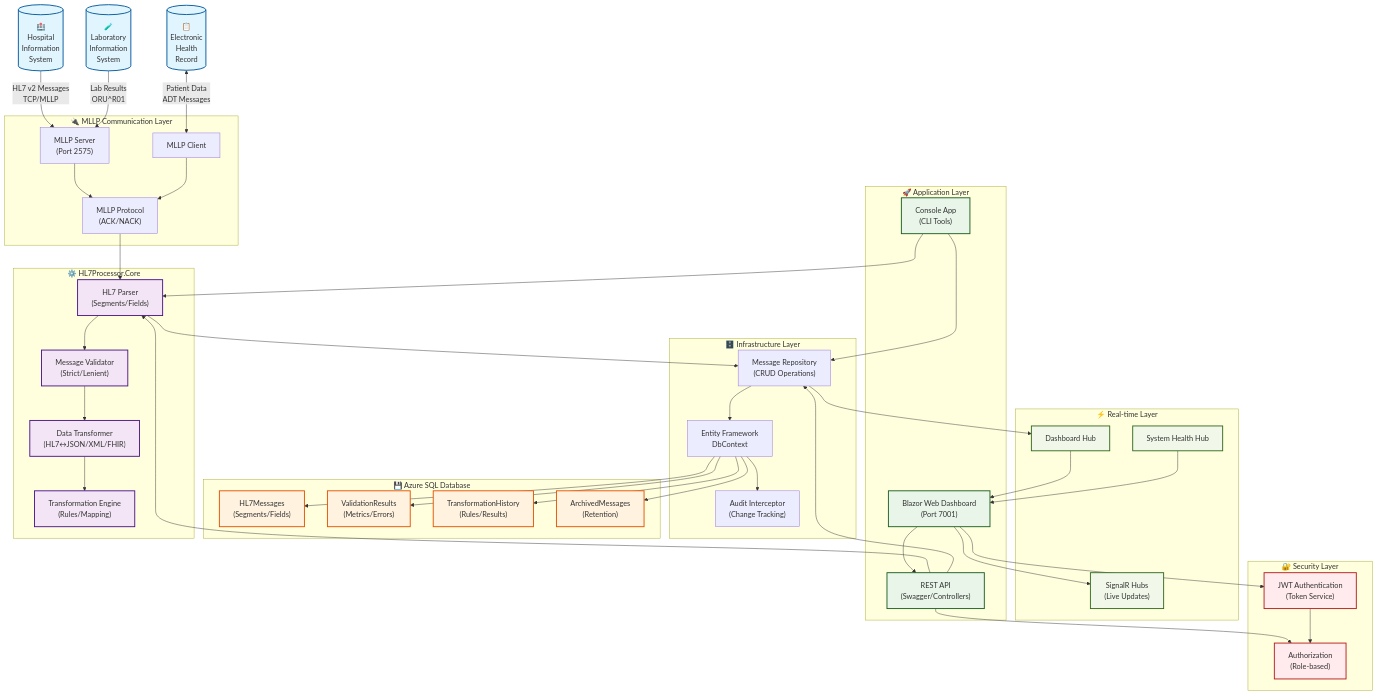
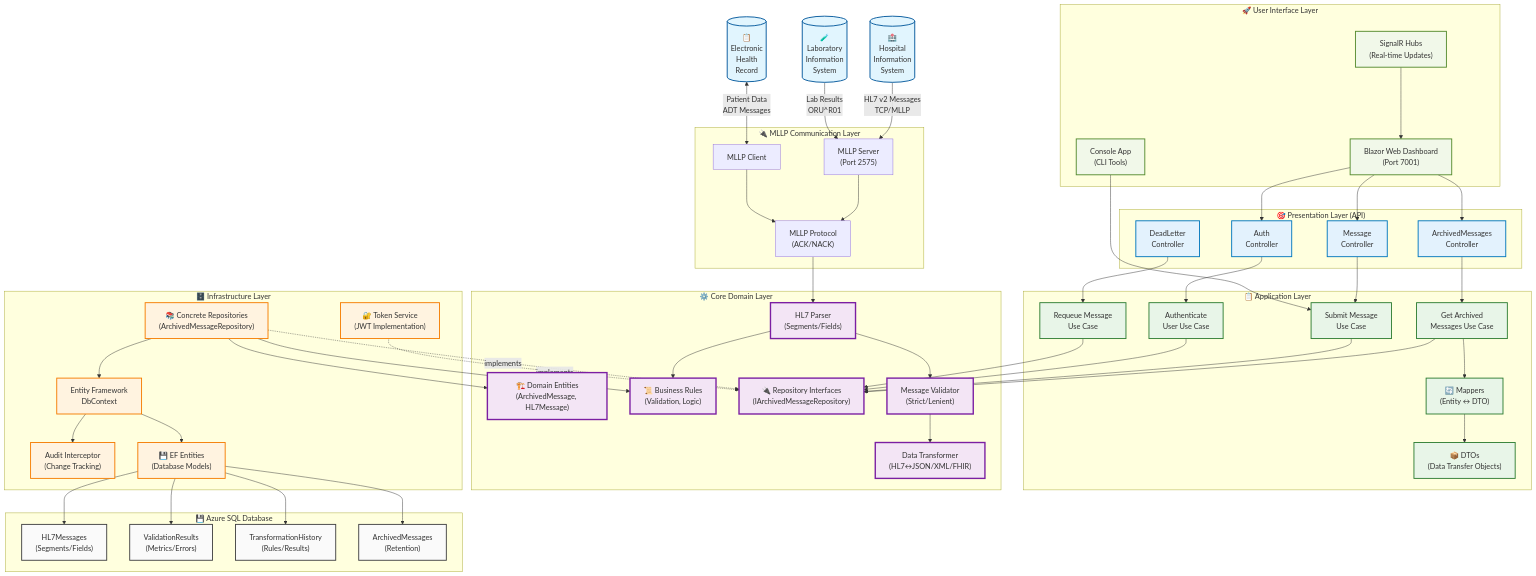
The diagram in README.md (MazRadwan/HL7-Message-Processor-for-.NET), drawn with Mermaid before and after one commit. The commit also changed other lines of this file and 1 other file, not shown here.

````diff
--- a/README.md
+++ b/README.md
@@ -47,26 +47,41 @@
         MLLPProtocol["MLLP Protocol<br/>(ACK/NACK)"]
     end
     
-    %% Core Processing Engine
-    subgraph Core["⚙️ HL7Processor.Core"]
+    %% Presentation Layer (API Controllers)
+    subgraph Presentation["🎯 Presentation Layer (API)"]
+        ArchivedController["ArchivedMessages<br/>Controller"]
+        MessageController["Message<br/>Controller"]
+        AuthController["Auth<br/>Controller"]
+        DeadLetterController["DeadLetter<br/>Controller"]
+    end
+    
+    %% Application Layer (Use Cases)
+    subgraph Application["📋 Application Layer"]
+        GetArchivedUseCase["Get Archived<br/>Messages Use Case"]
+        SubmitMessageUseCase["Submit Message<br/>Use Case"]
+        AuthenticateUseCase["Authenticate<br/>User Use Case"]
+        RequeueUseCase["Requeue Message<br/>Use Case"]
+        DTOs["📦 DTOs<br/>(Data Transfer Objects)"]
+        Mappers["🔄 Mappers<br/>(Entity ↔ DTO)"]
+    end
+    
+    %% Core Domain Layer
+    subgraph Core["⚙️ Core Domain Layer"]
+        DomainEntities["🏗️ Domain Entities<br/>(ArchivedMessage, HL7Message)"]
+        BusinessRules["📜 Business Rules<br/>(Validation, Logic)"]
+        DomainInterfaces["🔌 Repository Interfaces<br/>(IArchivedMessageRepository)"]
         Parser["HL7 Parser<br/>(Segments/Fields)"]
         Validator["Message Validator<br/>(Strict/Lenient)"]
         Transformer["Data Transformer<br/>(HL7↔JSON/XML/FHIR)"]
-        TransformEngine["Transformation Engine<br/>(Rules/Mapping)"]
     end
     
-    %% Application Layer
-    subgraph Apps["🚀 Application Layer"]
-        WebApp["Blazor Web Dashboard<br/>(Port 7001)"]
-        WebAPI["REST API<br/>(Swagger/Controllers)"]
-        Console["Console App<br/>(CLI Tools)"]
-    end
-    
-    %% Infrastructure & Data
+    %% Infrastructure Layer
     subgraph Infrastructure["🗄️ Infrastructure Layer"]
+        Repositories["📚 Concrete Repositories<br/>(ArchivedMessageRepository)"]
         DbContext["Entity Framework<br/>DbContext"]
-        Repository["Message Repository<br/>(CRUD Operations)"]
+        TokenService["🔐 Token Service<br/>(JWT Implementation)"]
         AuditLog["Audit Interceptor<br/>(Change Tracking)"]
+        EFEntities["💾 EF Entities<br/>(Database Models)"]
     end
     
     %% Database
@@ -77,17 +92,11 @@
         ArchiveTable["ArchivedMessages<br/>(Retention)"]
     end
     
-    %% Real-time Communication
-    subgraph RealTime["⚡ Real-time Layer"]
-        SignalR["SignalR Hubs<br/>(Live Updates)"]
-        DashboardHub["Dashboard Hub"]
-        SystemHub["System Health Hub"]
-    end
-    
-    %% Security
-    subgraph Security["🔐 Security Layer"]
-        JWT["JWT Authentication<br/>(Token Service)"]
-        Auth["Authorization<br/>(Role-based)"]
+    %% UI Applications
+    subgraph UI["🚀 User Interface Layer"]
+        WebApp["Blazor Web Dashboard<br/>(Port 7001)"]
+        Console["Console App<br/>(CLI Tools)"]
+        SignalR["SignalR Hubs<br/>(Real-time Updates)"]
     end
     
     %% External connections
@@ -95,55 +104,68 @@
     LIS -->|"Lab Results<br/>ORU^R01"| MLLPServer
     EHR <-->|"Patient Data<br/>ADT Messages"| MLLPClient
     
-    %% MLLP Layer
+    %% MLLP to Core
     MLLPServer --> MLLPProtocol
     MLLPClient --> MLLPProtocol
     MLLPProtocol --> Parser
     
-    %% Core Processing Flow
+    %% Clean Architecture Dependency Flow (API → Application → Core ← Infrastructure)
+    ArchivedController --> GetArchivedUseCase
+    MessageController --> SubmitMessageUseCase
+    AuthController --> AuthenticateUseCase
+    DeadLetterController --> RequeueUseCase
+    
+    %% Application Layer Dependencies
+    GetArchivedUseCase --> DomainInterfaces
+    SubmitMessageUseCase --> DomainInterfaces
+    AuthenticateUseCase --> DomainInterfaces
+    RequeueUseCase --> DomainInterfaces
+    GetArchivedUseCase --> Mappers
+    Mappers --> DTOs
+    
+    %% Infrastructure Implements Core Interfaces
+    Repositories -.->|implements| DomainInterfaces
+    TokenService -.->|implements| DomainInterfaces
+    
+    %% Infrastructure to Core Domain
+    Repositories --> DomainEntities
+    Repositories --> BusinessRules
+    
+    %% Infrastructure Data Flow
+    Repositories --> DbContext
+    DbContext --> EFEntities
+    DbContext --> AuditLog
+    EFEntities --> MessageTable
+    EFEntities --> ValidationTable
+    EFEntities --> TransformTable
+    EFEntities --> ArchiveTable
+    
+    %% UI Layer
+    WebApp --> ArchivedController
+    WebApp --> MessageController
+    WebApp --> AuthController
+    Console --> SubmitMessageUseCase
+    SignalR --> WebApp
+    
+    %% Core Processing (Domain Logic)
     Parser --> Validator
     Validator --> Transformer
-    Transformer --> TransformEngine
-    Parser --> Repository
-    
-    %% Application Interactions
-    WebApp --> WebAPI
-    WebApp --> SignalR
-    WebAPI --> Parser
-    WebAPI --> Repository
-    Console --> Parser
-    Console --> Repository
-    
-    %% Infrastructure Flow
-    Repository --> DbContext
-    DbContext --> AuditLog
-    DbContext --> MessageTable
-    DbContext --> ValidationTable
-    DbContext --> TransformTable
-    DbContext --> ArchiveTable
-    
-    %% Real-time Updates
-    Repository --> DashboardHub
-    DashboardHub --> WebApp
-    SystemHub --> WebApp
-    
-    %% Security Flow
-    WebApp --> JWT
-    WebAPI --> Auth
-    JWT --> Auth
+    Parser --> BusinessRules
     
     %% Styling
     classDef external fill:#e1f5fe,stroke:#01579b,stroke-width:2px
-    classDef core fill:#f3e5f5,stroke:#4a148c,stroke-width:2px
-    classDef app fill:#e8f5e8,stroke:#1b5e20,stroke-width:2px
-    classDef data fill:#fff3e0,stroke:#e65100,stroke-width:2px
-    classDef security fill:#ffebee,stroke:#b71c1c,stroke-width:2px
-    classDef realtime fill:#f1f8e9,stroke:#33691e,stroke-width:2px
+    classDef presentation fill:#e3f2fd,stroke:#0277bd,stroke-width:2px
+    classDef application fill:#e8f5e8,stroke:#2e7d32,stroke-width:2px
+    classDef core fill:#f3e5f5,stroke:#7b1fa2,stroke-width:3px
+    classDef infrastructure fill:#fff3e0,stroke:#f57c00,stroke-width:2px
+    classDef data fill:#fafafa,stroke:#424242,stroke-width:2px
+    classDef ui fill:#f1f8e9,stroke:#558b2f,stroke-width:2px
     
     class HIS,LIS,EHR external
-    class Parser,Validator,Transformer,TransformEngine core
-    class WebApp,WebAPI,Console app
+    class ArchivedController,MessageController,AuthController,DeadLetterController presentation
+    class GetArchivedUseCase,SubmitMessageUseCase,AuthenticateUseCase,RequeueUseCase,DTOs,Mappers application
+    class DomainEntities,BusinessRules,DomainInterfaces,Parser,Validator,Transformer core
+    class Repositories,DbContext,TokenService,AuditLog,EFEntities infrastructure
     class MessageTable,ValidationTable,TransformTable,ArchiveTable data
-    class JWT,Auth security
-    class SignalR,DashboardHub,SystemHub realtime
+    class WebApp,Console,SignalR ui
 ```
````
